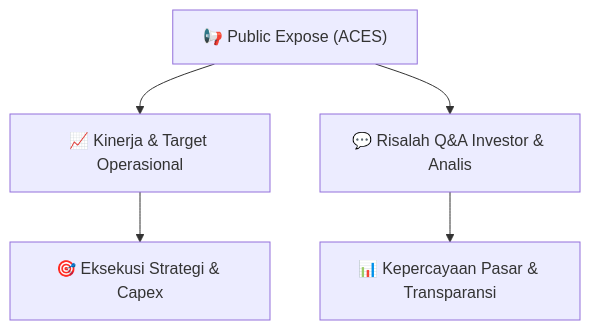
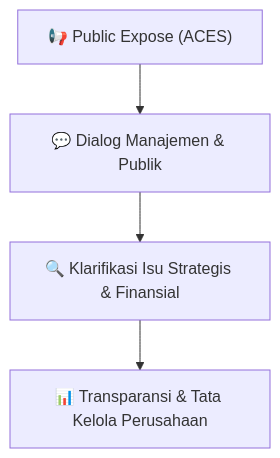
Before and after one commit to anYoneo/alphadigest-idx: the diagram in Finplan_analyst/knowledge-base/public-exposes/hasil-pubex/ACES_Public_Expose_20260911.md, drawn with Mermaid. The commit also changed other lines of this file and 526 other files, not shown here.

````diff
--- a/Finplan_analyst/knowledge-base/public-exposes/hasil-pubex/ACES_Public_Expose_20260911.md
+++ b/Finplan_analyst/knowledge-base/public-exposes/hasil-pubex/ACES_Public_Expose_20260911.md
@@ -15,7 +48,6 @@
 ```mermaid
 flowchart TD
-    A["📢 Public Expose (ACES)"] --> B["📈 Kinerja & Target Operasional"]
-    A --> C["💬 Risalah Q&A Investor & Analis"]
-    B --> D["🎯 Eksekusi Strategi & Capex"]
-    C --> E["📊 Kepercayaan Pasar & Transparansi"]
+    A["📢 Public Expose (ACES)"] --> B["💬 Dialog Manajemen & Publik"]
+    B --> C["🔍 Klarifikasi Isu Strategis & Finansial"]
+    C --> D["📊 Transparansi & Tata Kelola Perusahaan"]
 ```
````
